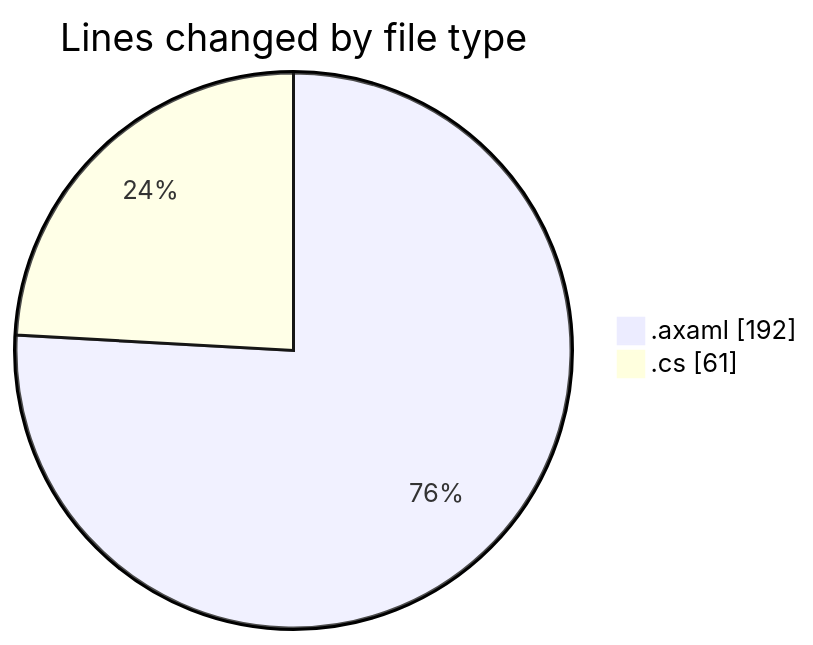
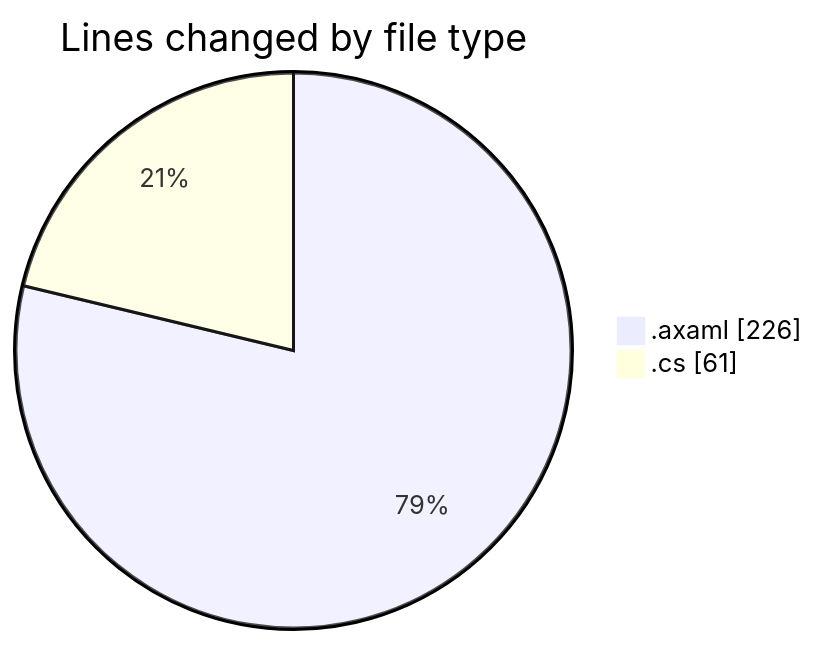
One commit to Netris89/code-tracking changed the first of 2 diagrams in 2025-10-25/skintrack/README.md. Above: the diagram before and after it, drawn with Mermaid. The commit also changed other lines of this file and 1 other file, not shown here.

````diff
--- a/2025-10-25/skintrack/README.md
+++ b/2025-10-25/skintrack/README.md
@@ -23,6 +24,6 @@
 ```mermaid
 pie showData
 title Lines changed by file type
-".axaml" : 192
+".axaml" : 226
 ".cs" : 61
 ```
````
